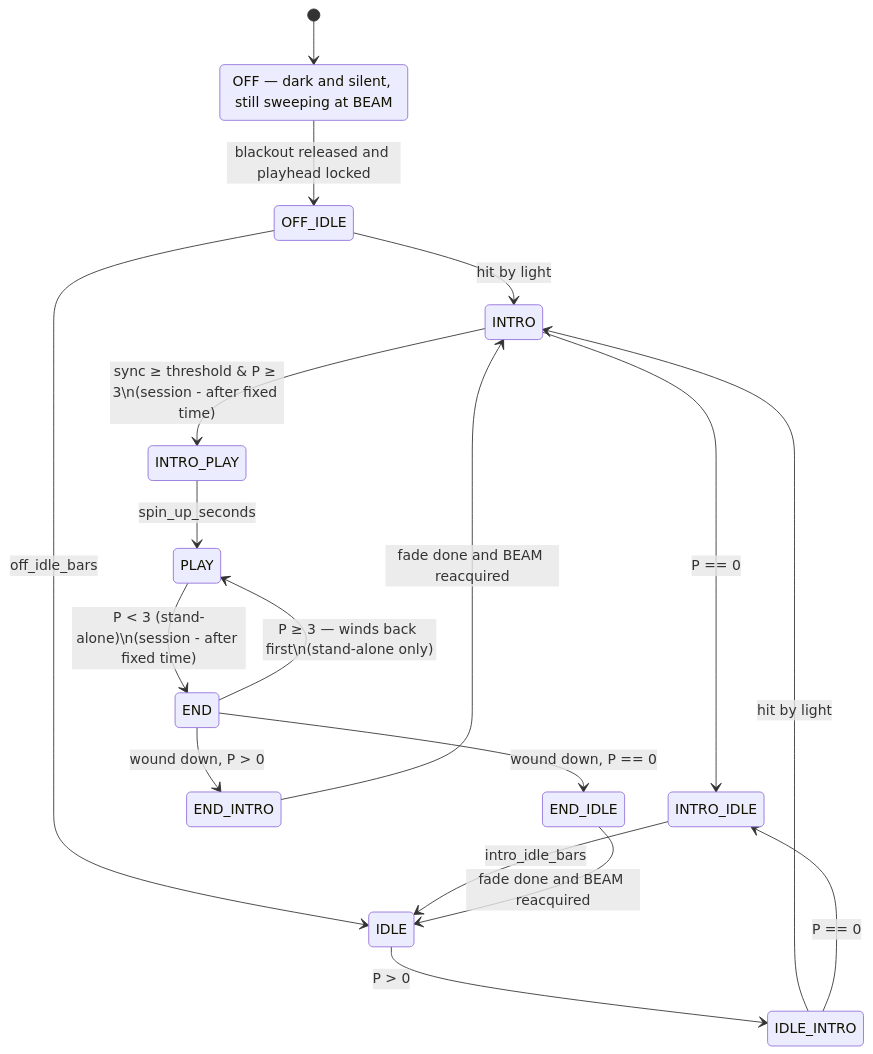
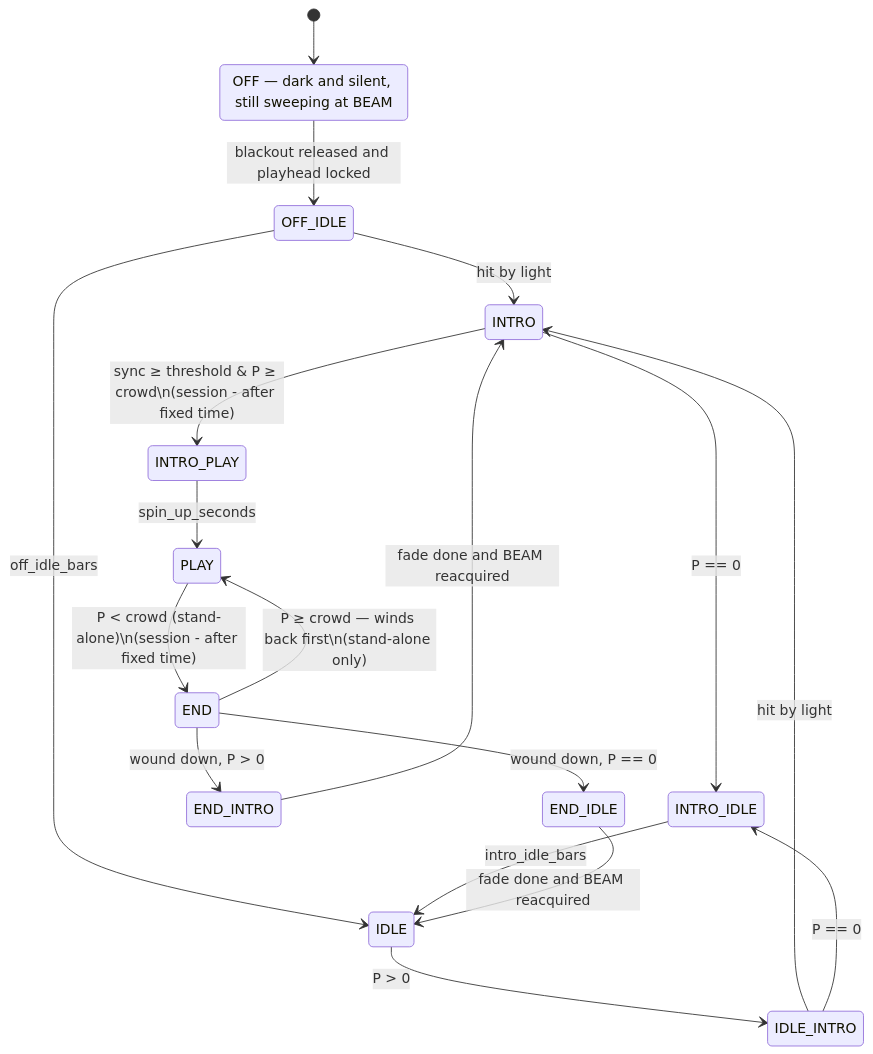
Before and after one commit to moostrik/Poser2: the diagram in apps/white_space/docs/STATES.md, drawn with Mermaid. The commit also changed other lines of this file and 4 other files, not shown here.

````diff
--- a/apps/white_space/docs/STATES.md
+++ b/apps/white_space/docs/STATES.md
@@ -49,21 +51,21 @@
 ```mermaid
 stateDiagram-v2
     [*] --> OFF
     OFF: OFF — dark and silent, still sweeping at BEAM
     OFF --> OFF_IDLE: blackout released and playhead locked
     OFF_IDLE --> INTRO: hit by light
     OFF_IDLE --> IDLE: off_idle_bars
     IDLE --> IDLE_INTRO: P > 0
     IDLE_INTRO --> INTRO: hit by light
     IDLE_INTRO --> INTRO_IDLE: P == 0
     INTRO --> INTRO_IDLE: P == 0
-    INTRO --> INTRO_PLAY: sync ≥ threshold & P ≥ 3\n(session - after fixed time)
+    INTRO --> INTRO_PLAY: sync ≥ threshold & P ≥ crowd\n(session - after fixed time)
     INTRO_IDLE --> IDLE: intro_idle_bars
     INTRO_PLAY --> PLAY: spin_up_seconds
-    PLAY --> END: P < 3 (stand-alone)\n(session - after fixed time)
-    END --> PLAY: P ≥ 3 — winds back first\n(stand-alone only)
+    PLAY --> END: P < crowd (stand-alone)\n(session - after fixed time)
+    END --> PLAY: P ≥ crowd — winds back first\n(stand-alone only)
     END --> END_INTRO: wound down, P > 0
     END --> END_IDLE: wound down, P == 0
     END_INTRO --> INTRO: fade done and BEAM reacquired
     END_IDLE --> IDLE: fade done and BEAM reacquired
 ```
````
